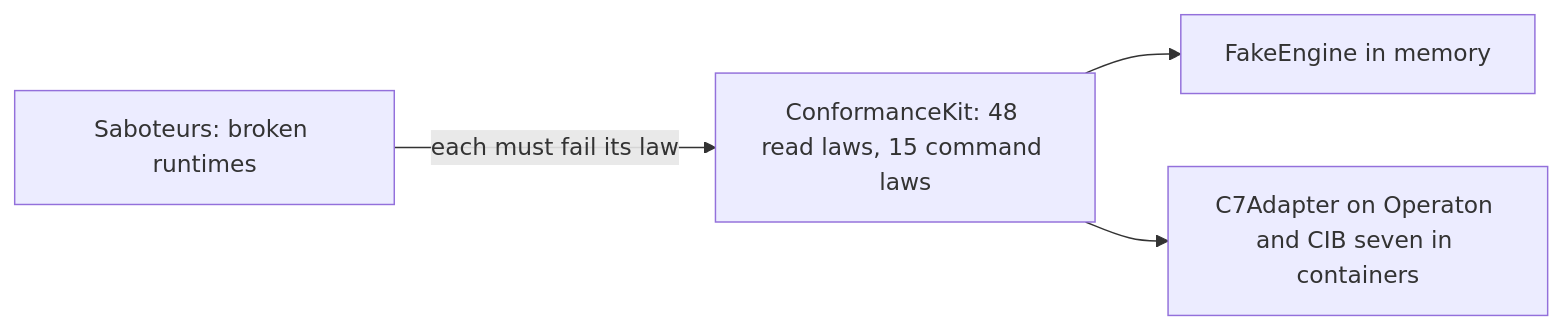
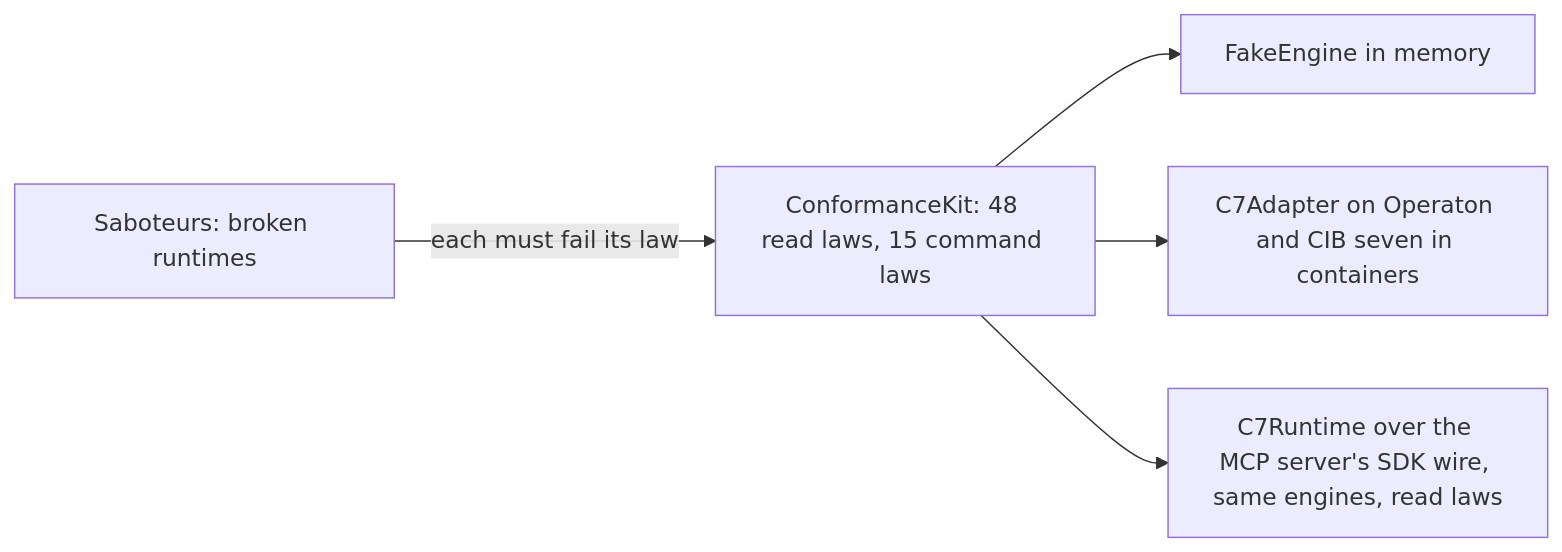
One commit to Miragon/pulse changed the diagram in apps/vscode/docs/adr/runtime-contract.md. Above: the diagram before and after it, drawn with Mermaid. The commit also changed other lines of this file and 18 other files, not shown here.

````diff
--- a/apps/vscode/docs/adr/runtime-contract.md
+++ b/apps/vscode/docs/adr/runtime-contract.md
@@ -262,7 +264,8 @@
 ```mermaid
 flowchart LR
   kit[ConformanceKit: 48 read laws, 15 command laws]
   kit --> fake[FakeEngine in memory]
   kit --> c7[C7Adapter on Operaton and CIB seven in containers]
+  kit --> mcp[C7Runtime over the MCP server's SDK wire, same engines, read laws]
   saboteurs[Saboteurs: broken runtimes] -- each must fail its law --> kit
 ```
````
